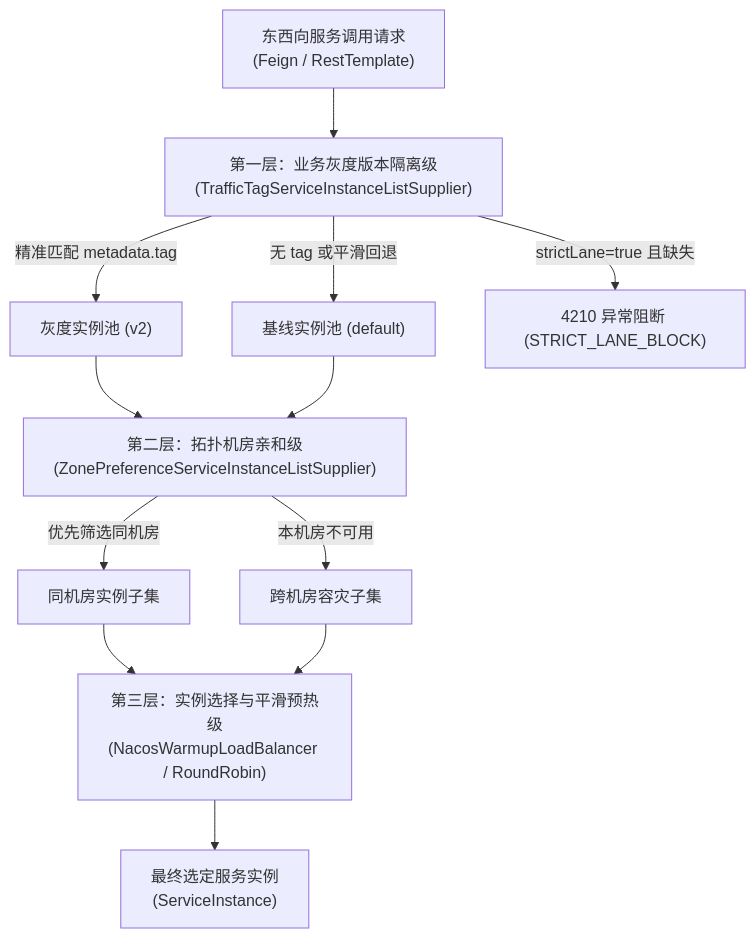
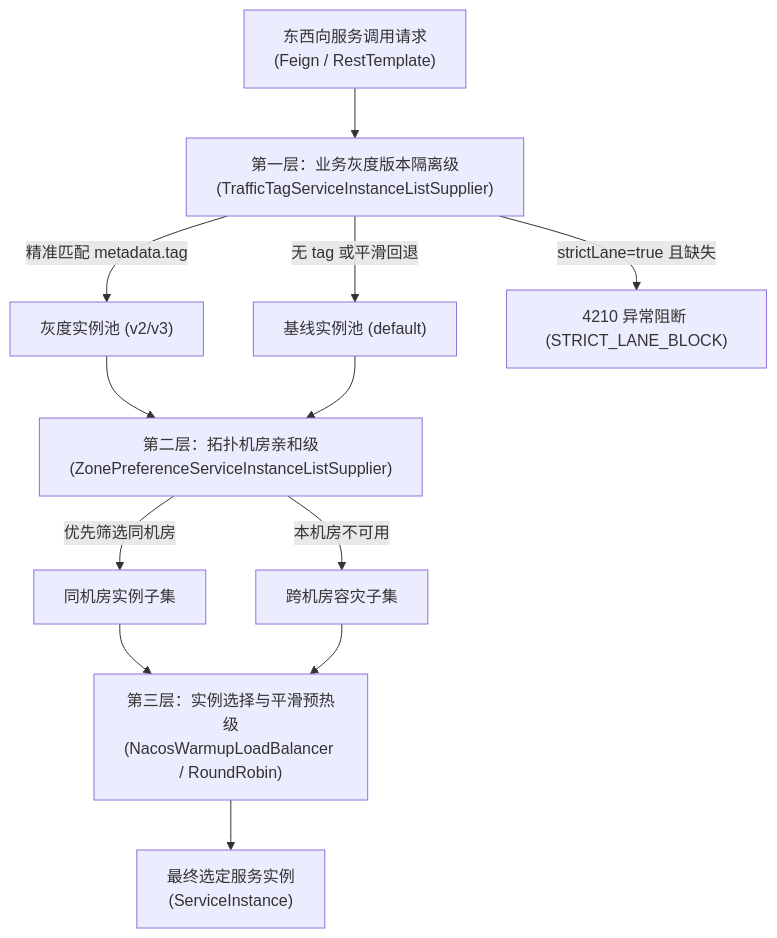
The first of 2 diagrams in ateng-cloud-traffic/README.md (atengk/ateng-cloud), drawn with Mermaid before and after one commit. The commit also changed other lines of this file, not shown here.

````diff
--- a/ateng-cloud-traffic/README.md
+++ b/ateng-cloud-traffic/README.md
@@ -309,19 +449,19 @@
 ```mermaid
 flowchart TD
     Req["东西向服务调用请求\n(Feign / RestTemplate)"] --> L1["第一层：业务灰度版本隔离级\n(TrafficTagServiceInstanceListSupplier)"]
     
-    L1 -->|精准匹配 metadata.tag| GrayPool["灰度实例池 (v2)"]
+    L1 -->|精准匹配 metadata.tag| GrayPool["灰度实例池 (v2/v3)"]
     L1 -->|无 tag 或平滑回退| BasePool["基线实例池 (default)"]
     L1 -->|strictLane=true 且缺失| FailFast["4210 异常阻断 (STRICT_LANE_BLOCK)"]
     
     GrayPool --> L2["第二层：拓扑机房亲和级\n(ZonePreferenceServiceInstanceListSupplier)"]
     BasePool --> L2
     
     L2 -->|优先筛选同机房| LocalZone["同机房实例子集"]
     L2 -->|本机房不可用| CrossZone["跨机房容灾子集"]
     
     LocalZone --> L3["第三层：实例选择与平滑预热级\n(NacosWarmupLoadBalancer / RoundRobin)"]
     CrossZone --> L3
     
     L3 --> Target["最终选定服务实例\n(ServiceInstance)"]
 ```
````
